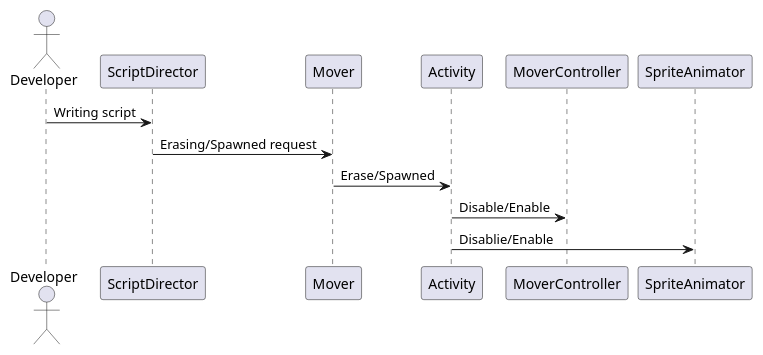
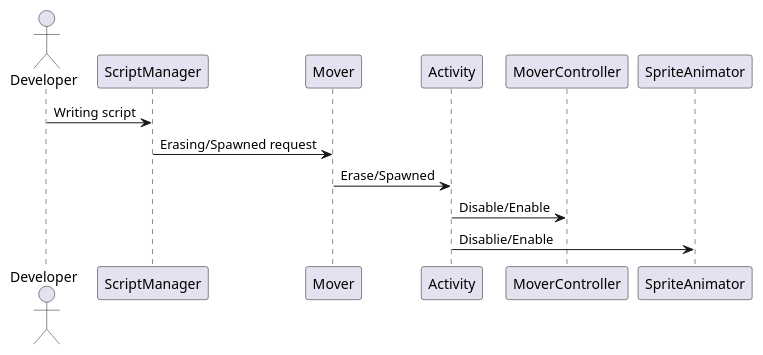
Before and after one commit to Wandao123/shmup_like_touhou: the second of 3 diagrams in docs/changing_state.pu, drawn with PlantUML. The commit also changed other lines of this file and 4 other files, not shown here.

```diff
--- a/docs/changing_state.pu
+++ b/docs/changing_state.pu
@@ -13,14 +13,14 @@
 @startuml ErasingSpawnedProcess
 actor Developer
-participant ScriptDirector
+participant ScriptManager
 participant Mover
 participant Activity
 participant MoverController
 participant SpriteAnimator
 
-Developer -> ScriptDirector : Writing script
-ScriptDirector -> Mover : Erasing/Spawned request
+Developer -> ScriptManager : Writing script
+ScriptManager -> Mover : Erasing/Spawned request
 Mover -> Activity : Erase/Spawned
 Activity -> MoverController : Disable/Enable
 Activity -> SpriteAnimator : Disablie/Enable
 @enduml
```
